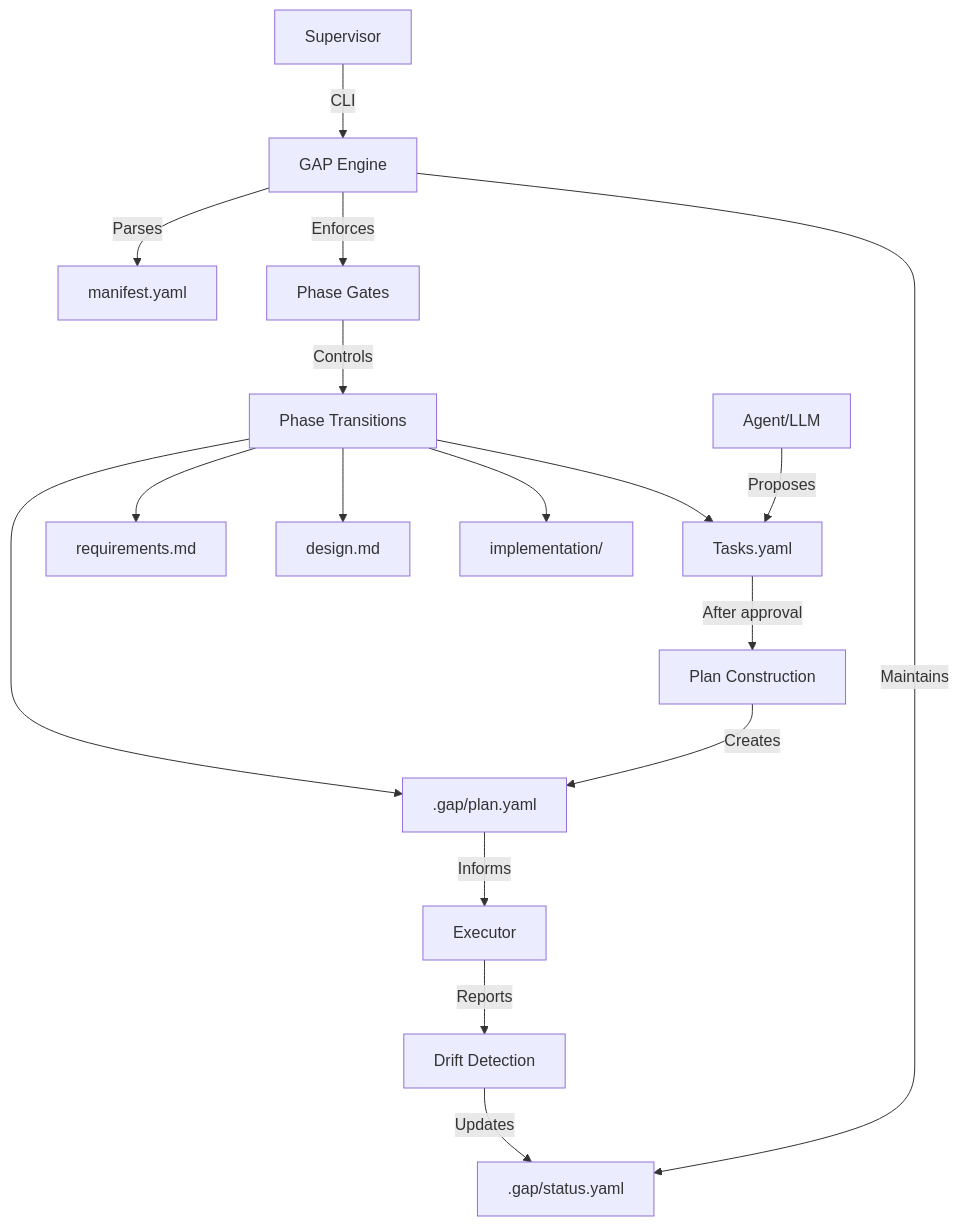
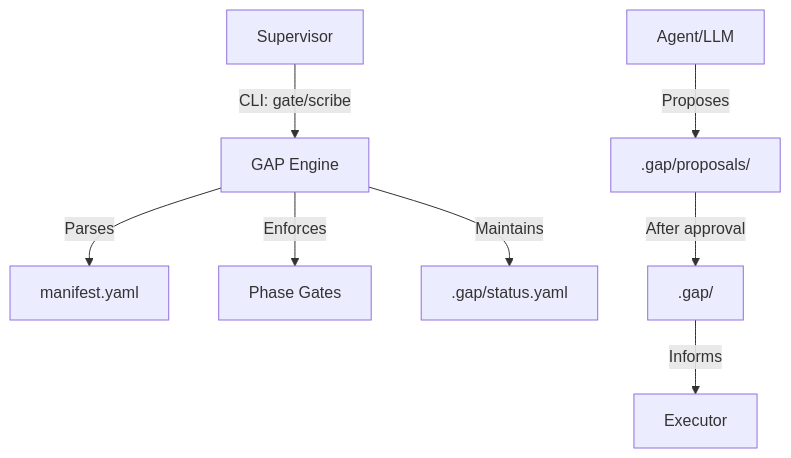
One commit to samir-alsayad/gated-agent-protocol changed the diagram in .kiro/specs/gap-core-system/design.md. Above: the diagram before and after it, drawn with Mermaid. The commit also changed other lines of this file and 27 other files, not shown here.

````diff
--- a/.kiro/specs/gap-core-system/design.md
+++ b/.kiro/specs/gap-core-system/design.md
@@ -8,23 +8,12 @@
 ```mermaid
 graph TD
-    User[Supervisor] -->|CLI| GAP[GAP Engine]
-    Agent[Agent/LLM] -->|Proposes| Tasks[Tasks.yaml]
+    User[Supervisor] -->|CLI: gate/scribe| GAP[GAP Engine]
+    Agent[Agent/LLM] -->|Proposes| Proposals[.gap/proposals/]
     
     GAP -->|Parses| Manifest[manifest.yaml]
     GAP -->|Enforces| Gates[Phase Gates]
     GAP -->|Maintains| Ledger[.gap/status.yaml]
     
-    Tasks -->|After approval| PlanConstruction[Plan Construction]
-    PlanConstruction -->|Creates| Plan[.gap/plan.yaml]
-    
-    Plan -->|Informs| Execution[Executor]
-    Execution -->|Reports| DriftDetection[Drift Detection]
-    DriftDetection -->|Updates| Ledger
-    
-    Gates -->|Controls| PhaseTransitions[Phase Transitions]
-    PhaseTransitions --> Requirements[requirements.md]
-    PhaseTransitions --> Design[design.md]
-    PhaseTransitions --> Tasks
-    PhaseTransitions --> Plan
-    PhaseTransitions --> Implementation[implementation/]
+    Proposals -->|After approval| LiveArtifacts[.gap/]
+    LiveArtifacts -->|Informs| Execution[Executor]
 ```
````
